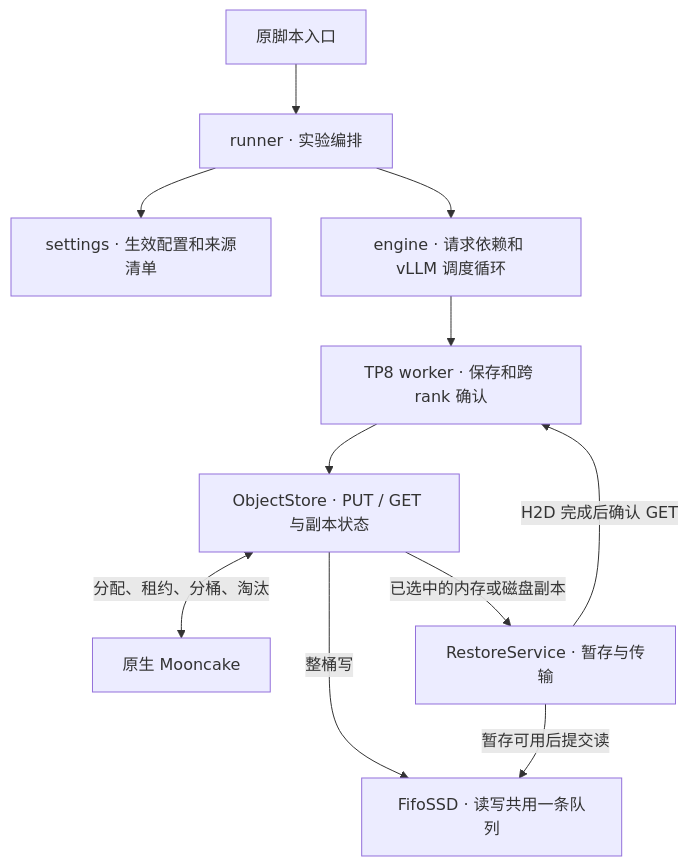
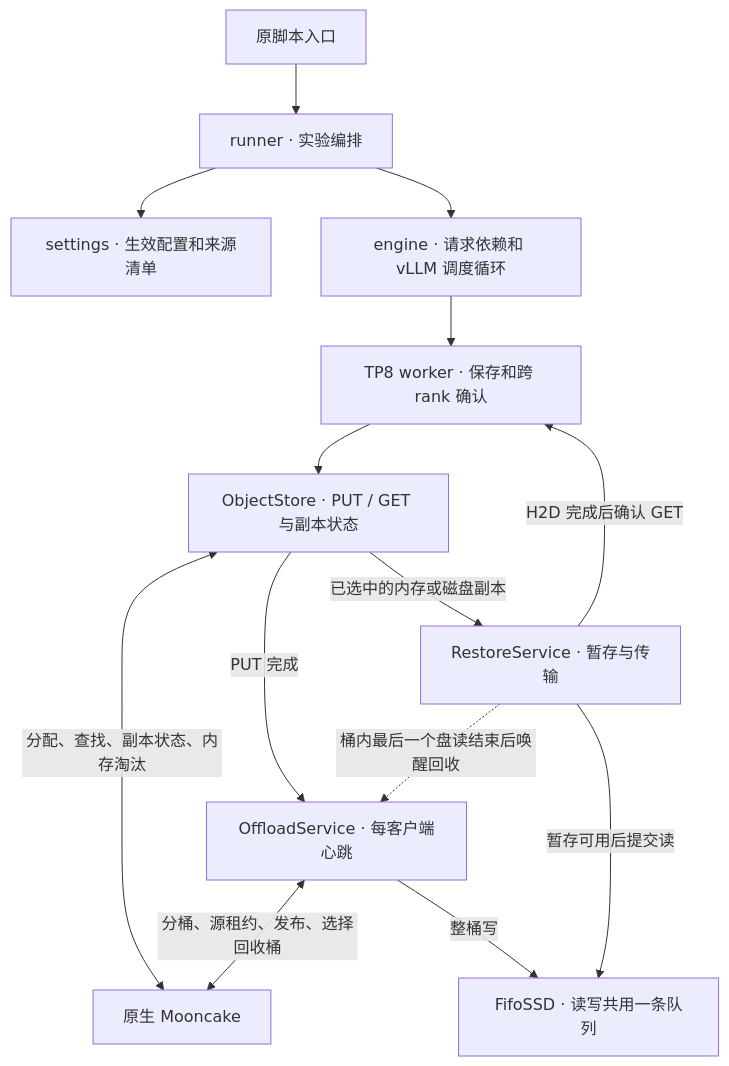
Before and after one commit to Plus-Yu/kv-ssd-sim: the diagram in docs/05-对象回放与外推/对象回放器重构方案与执行记录.md, drawn with Mermaid. The commit also changed other lines of this file and 7 other files, not shown here.

````diff
--- a/docs/05-对象回放与外推/对象回放器重构方案与执行记录.md
+++ b/docs/05-对象回放与外推/对象回放器重构方案与执行记录.md
@@ -54,13 +74,16 @@
 ```mermaid
 flowchart TD
     CLI["原脚本入口"] --> Runner["runner · 实验编排"]
     Runner --> Settings["settings · 生效配置和来源清单"]
     Runner --> Engine["engine · 请求依赖和 vLLM 调度循环"]
     Engine --> Worker["TP8 worker · 保存和跨 rank 确认"]
     Worker --> Store["ObjectStore · PUT / GET 与副本状态"]
-    Store <-->|分配、租约、分桶、淘汰| Master["原生 Mooncake"]
-    Store -->|整桶写| SSD["FifoSSD · 读写共用一条队列"]
+    Store <-->|分配、查找、副本状态、内存淘汰| Master["原生 Mooncake"]
+    Store -->|PUT 完成| Offload["OffloadService · 每客户端心跳"]
+    Offload <-->|分桶、源租约、发布、选择回收桶| Master
+    Offload -->|整桶写| SSD["FifoSSD · 读写共用一条队列"]
     Store -->|已选中的内存或磁盘副本| Restore["RestoreService · 暂存与传输"]
     Restore -->|暂存可用后提交读| SSD
+    Restore -.->|桶内最后一个盘读结束后唤醒回收| Offload
     Restore -->|H2D 完成后确认 GET| Worker
 ```
````
